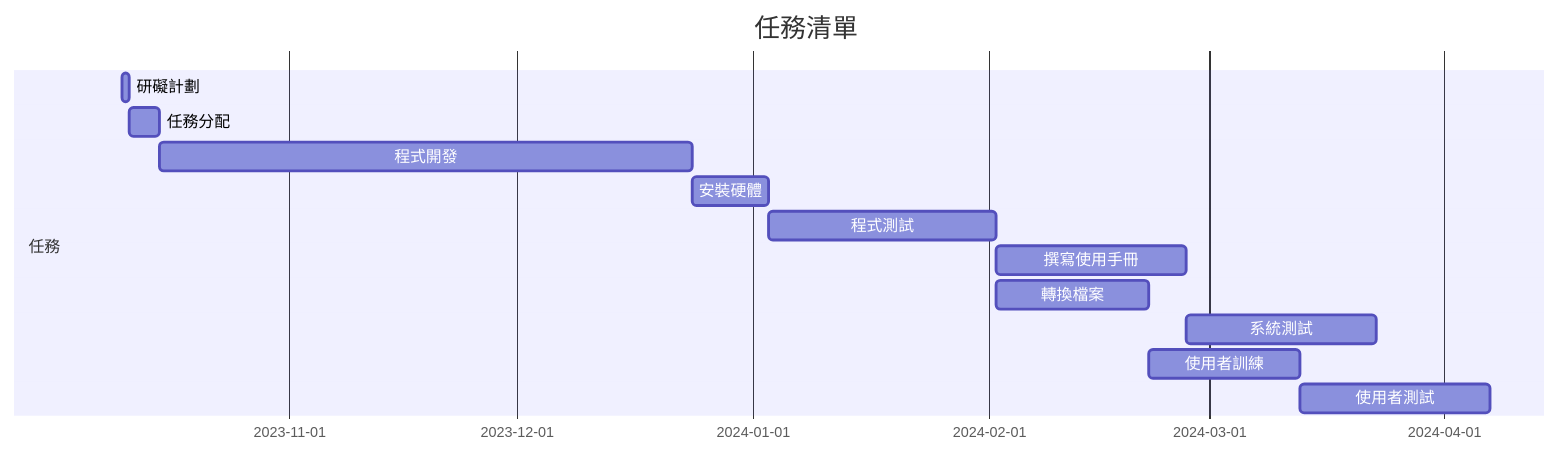
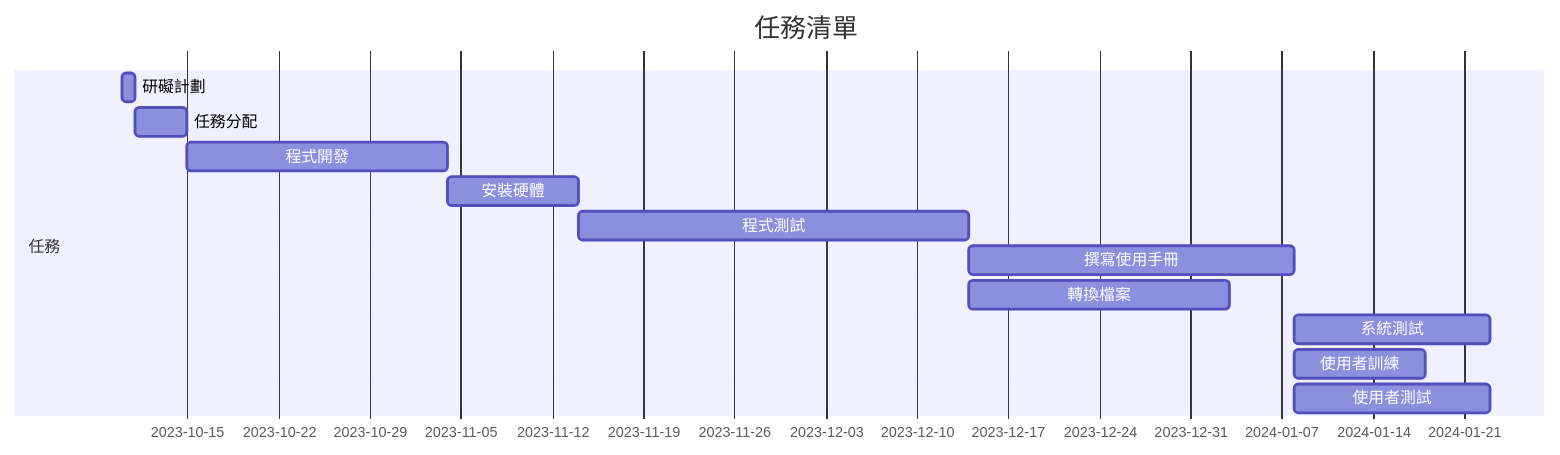
One commit to LinBroChen/C110118157- changed the diagram in README.md. Above: the diagram before and after it, drawn with Mermaid.

````diff
--- a/README.md
+++ b/README.md
@@ -42,15 +42,15 @@
 ```mermaid
 gantt
     title 任務清單
     section 任務
     研礙計劃           :a1, 2023-10-10, 1d
     任務分配           :a2, after a1  , 4d
-    程式開發           :a3, after a2  , 70d
+    程式開發           :a3, after a2  , 20d
     安裝硬體           :a4, after a3  , 10d
     程式測試           :a5, after a4  , 30d
     撰寫使用手冊        :a6, after a5  , 25d
     轉換檔案           :a7, after a5  , 20d
-    系統測試           :a8, after a6  , 25d
-    使用者訓練         :a9, after a7  , 20d
-    使用者測試         :a10, after a9  , 25d
+    系統測試           :a8, after a6  , 15d
+    使用者訓練         :a9, after a6  , 10d
+    使用者測試         :a10, after a6  , 15d
 ``` 
````
